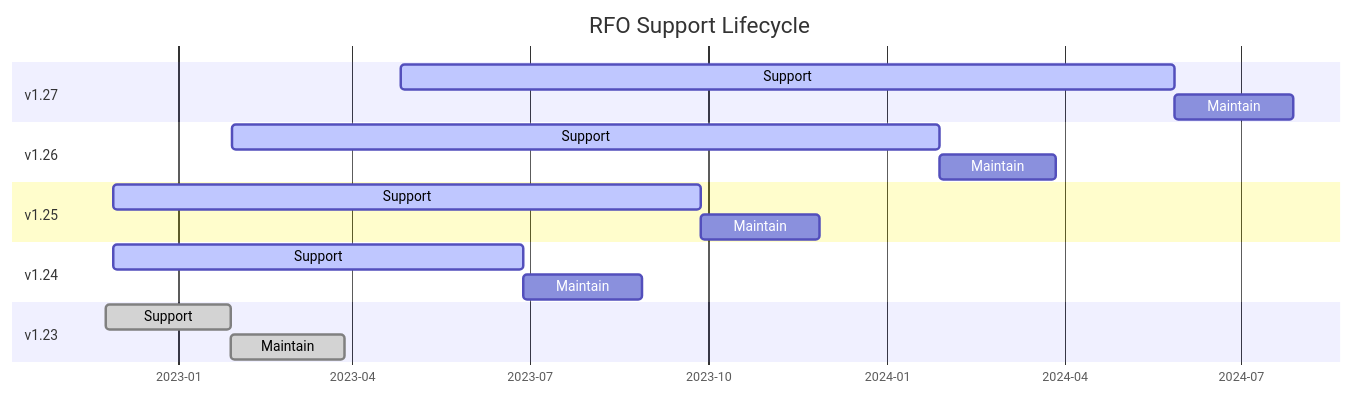
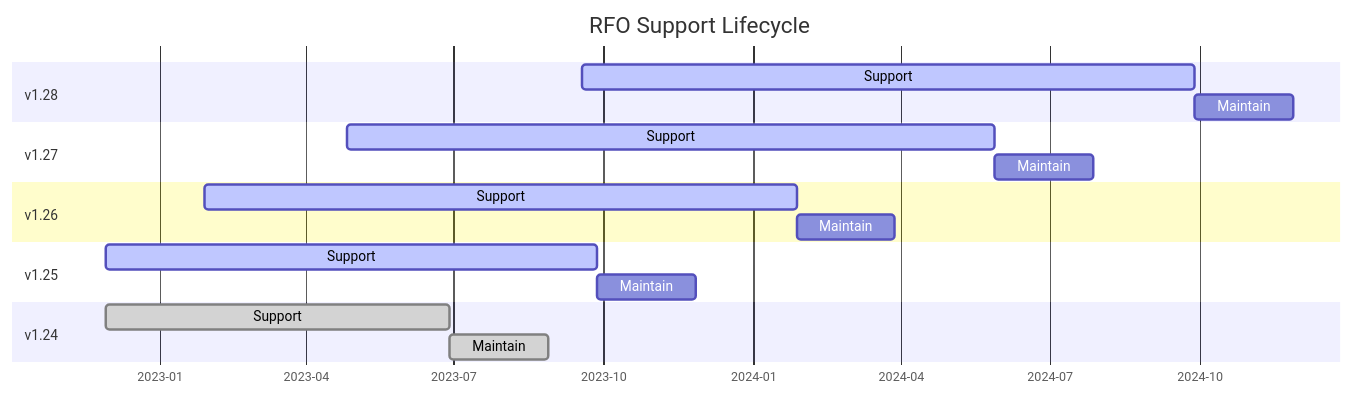
The diagram in sig/sig-rfo/README.md (openeuler-mirror/community), drawn with Mermaid before and after one commit. The commit also changed other lines of this file, not shown here.

First line of the commit message:
Update RFO version list and support matrix

````diff
--- a/sig/sig-rfo/README.md
+++ b/sig/sig-rfo/README.md
@@ -174,22 +174,22 @@
 ```mermaid
 gantt
     title RFO Support Lifecycle
     dateFormat  YYYY-MM-DD
     axisFormat %Y-%m
+    section v1.28
+    Support: active, a5,2023-09-18, 2024-09-28
+    Maintain: after a5, 2024-11-28
     section v1.27
     Support: active, a1,2023-04-26, 2024-05-28
     Maintain: after a1, 2024-07-28
     section v1.26
     Support: active, a2,2023-01-29, 2024-01-28
     Maintain: after a2, 2024-03-28
     section v1.25
     Support: active, a3,2022-11-29, 2023-09-27
     Maintain: after a3, 2023-11-27
     section v1.24
-    Support: active, a4,2022-11-29, 2023-06-28
-    Maintain: after a4, 2023-08-28
-    section v1.23
-    Support: done, a5,2022-11-25, 2023-01-28
-    Maintain: done, after a5, 2023-03-28
+    Support: done, a4,2022-11-29, 2023-06-28
+    Maintain: done, after a4, 2023-08-28
 
 ```
````
